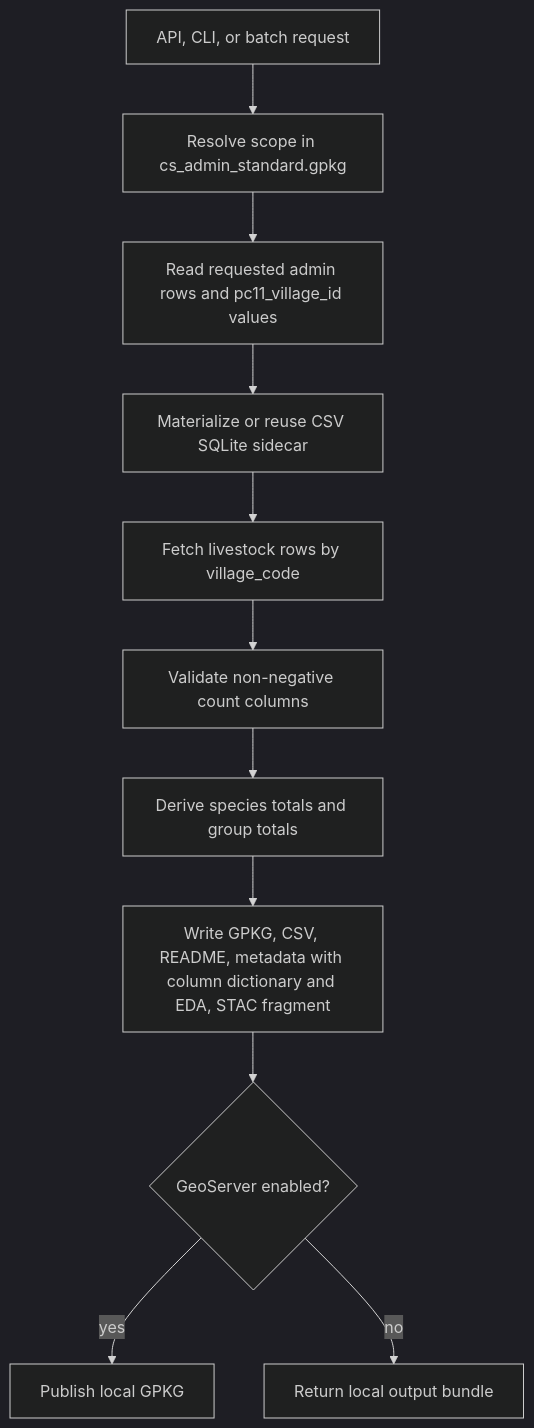
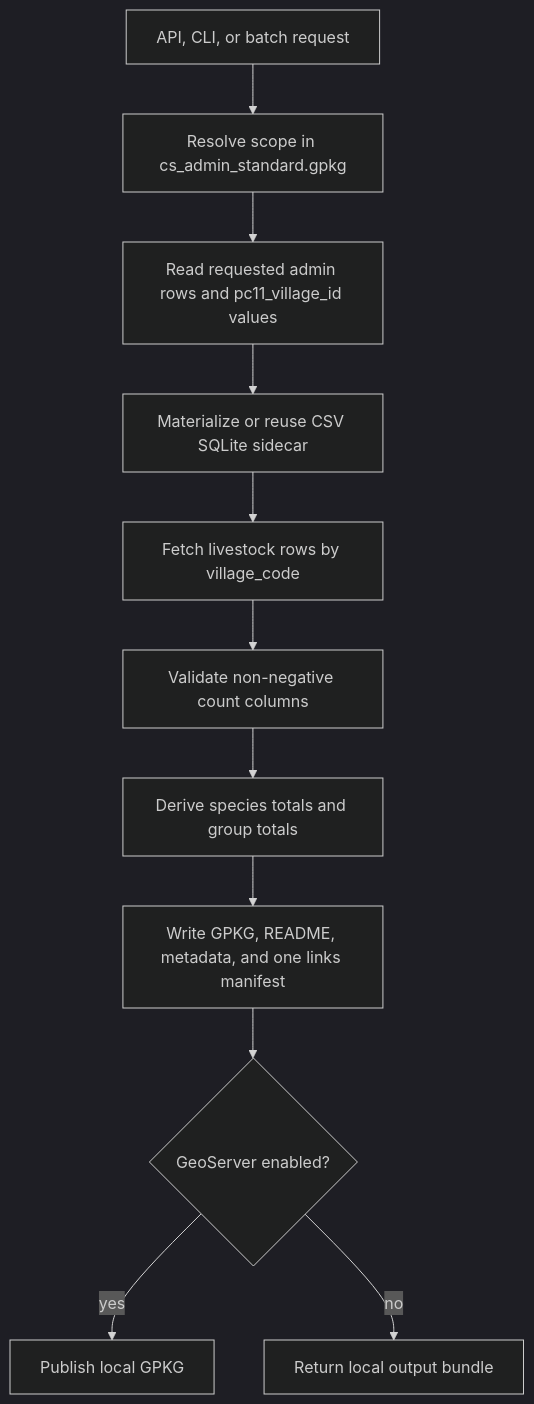
Before and after one commit to core-stack-org/core-stack-backend: the diagram in computing/misc/livestocks/README.md, drawn with Mermaid (dark theme). The commit also changed other lines of this file and 16 other files, not shown here.

````diff
--- a/computing/misc/livestocks/README.md
+++ b/computing/misc/livestocks/README.md
@@ -145,13 +145,13 @@
 ```mermaid
 flowchart TD
     A[API, CLI, or batch request] --> B[Resolve scope in cs_admin_standard.gpkg]
     B --> C[Read requested admin rows and pc11_village_id values]
     C --> D[Materialize or reuse CSV SQLite sidecar]
     D --> E[Fetch livestock rows by village_code]
     E --> F[Validate non-negative count columns]
     F --> G[Derive species totals and group totals]
-    G --> H[Write GPKG, CSV, README, metadata with column dictionary and EDA, STAC fragment]
+    G --> H[Write GPKG, README, metadata, and one links manifest]
     H --> I{GeoServer enabled?}
     I -- yes --> J[Publish local GPKG]
     I -- no --> K[Return local output bundle]
 ```
````
